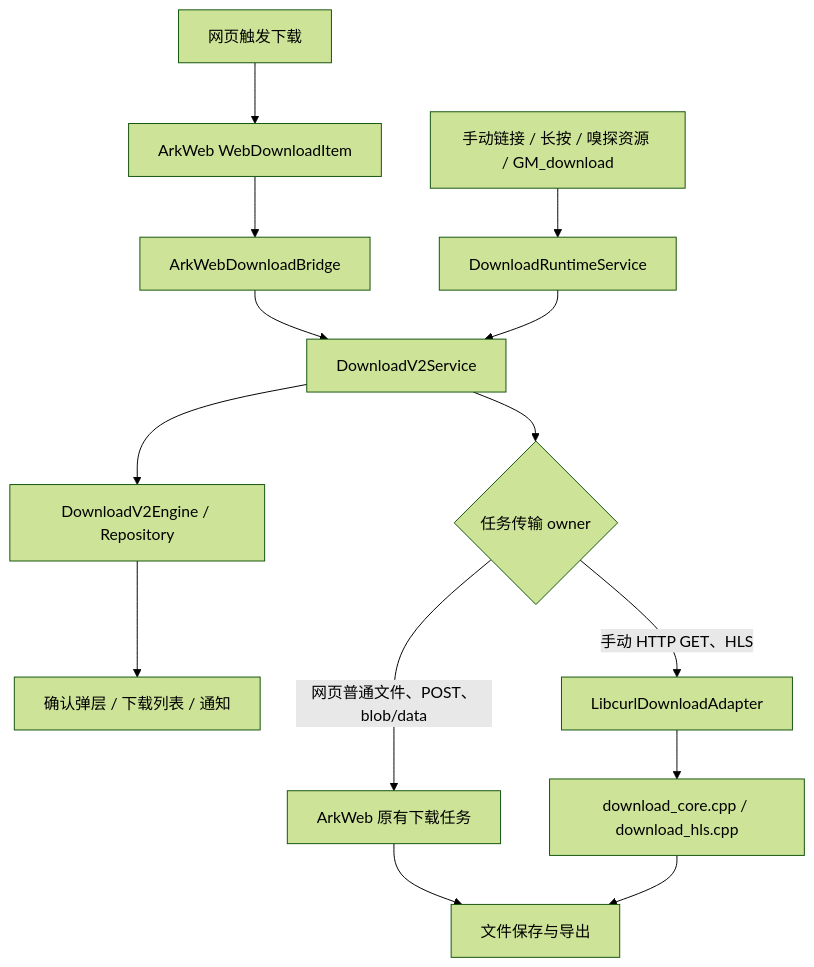
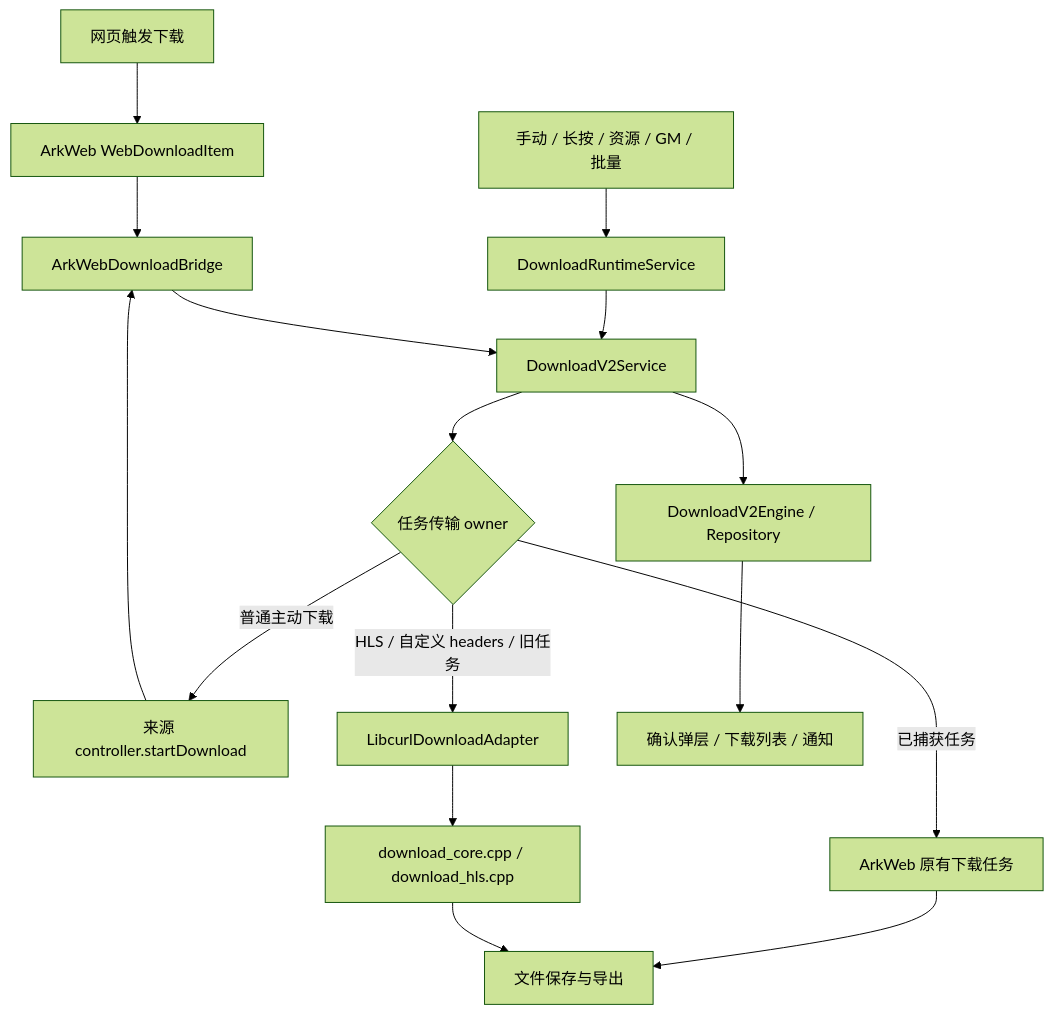
One commit to mason173/aira-browser changed the diagram in docs/aira-browser-download-current-architecture.md. Above: the diagram before and after it, drawn with Mermaid (forest theme). The commit also changed other lines of this file and 69 other files, not shown here.

````diff
--- a/docs/aira-browser-download-current-architecture.md
+++ b/docs/aira-browser-download-current-architecture.md
@@ -10,16 +12,18 @@
 ```mermaid
 flowchart TD
   A[网页触发下载] --> B[ArkWeb WebDownloadItem]
   B --> C[ArkWebDownloadBridge]
-  D[手动链接 / 长按 / 嗅探资源 / GM_download] --> E[DownloadRuntimeService]
+  D[手动 / 长按 / 资源 / GM / 批量] --> E[DownloadRuntimeService]
   E --> F[DownloadV2Service]
   C --> F
   F --> G[DownloadV2Engine / Repository]
   F --> H{任务传输 owner}
-  H -->|网页普通文件、POST、blob/data| I[ArkWeb 原有下载任务]
-  H -->|手动 HTTP GET、HLS| J[LibcurlDownloadAdapter]
+  H -->|已捕获任务| I[ArkWeb 原有下载任务]
+  H -->|普通主动下载| N[来源 controller.startDownload]
+  N --> C
+  H -->|HLS / 自定义 headers / 旧任务| J[LibcurlDownloadAdapter]
   J --> K[download_core.cpp / download_hls.cpp]
   I --> L[文件保存与导出]
   K --> L
   G --> M[确认弹层 / 下载列表 / 通知]
 ```
````
